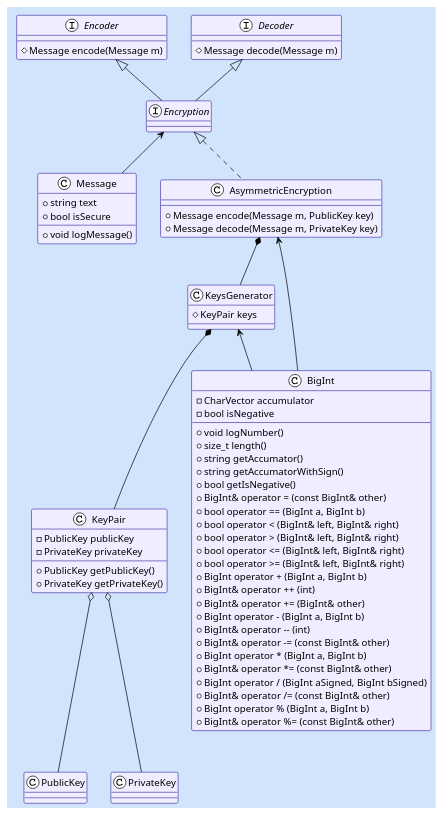
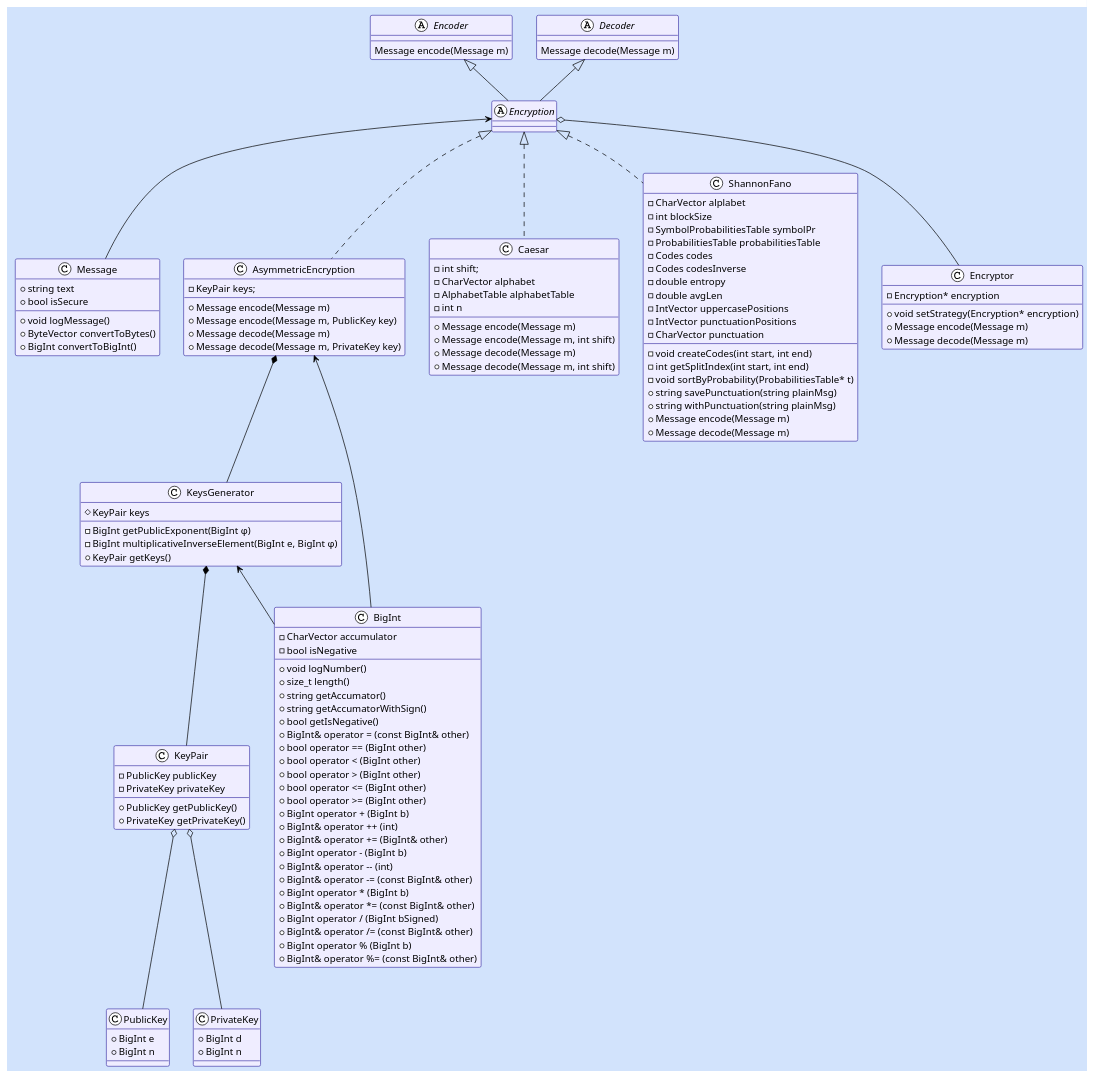
One commit to RNEvok/Encryption changed the diagram in Diagrams/classes.puml. Above: the diagram before and after it, drawn with PlantUML. The commit also changed 10 other files, not shown here.

Commit message:
Strategy pattern almost done, classes diagram updated, main updated (almost done)

```diff
--- a/Diagrams/classes.puml
+++ b/Diagrams/classes.puml
@@ -1,88 +1,144 @@
 @startuml Диаграмма классов
   !theme plain
   skinparam BackgroundColor #d2e3fc
   skinparam ClassBorderColor #4940ad
   skinparam ClassBackgroundColor #efedff
   skinparam Handwritten false
 
   class Message {
     +string text
     +bool isSecure
     +void logMessage()
+    +ByteVector convertToBytes()
+    +BigInt convertToBigInt()
   }
 
-  interface Encryption
+  abstract Encryption
 
   class AsymmetricEncryption {
+    -KeyPair keys;
+    +Message encode(Message m)
     +Message encode(Message m, PublicKey key)
+    +Message decode(Message m)
     +Message decode(Message m, PrivateKey key)
   }
-  class PublicKey
-  class PrivateKey
+  class PublicKey {
+    +BigInt e
+    +BigInt n
+  }
+  class PrivateKey {
+    +BigInt d
+    +BigInt n
+  }
   class KeyPair {
     -PublicKey publicKey
     -PrivateKey privateKey
     +PublicKey getPublicKey()
     +PrivateKey getPrivateKey()
   }
 
   class KeysGenerator {
     #KeyPair keys
+    -BigInt getPublicExponent(BigInt φ)
+    -BigInt multiplicativeInverseElement(BigInt e, BigInt φ)
+    +KeyPair getKeys()
   }
 
-  interface Encoder {
-    #Message encode(Message m)
+  class Caesar {
+    -int shift;
+    -CharVector alphabet
+    -AlphabetTable alphabetTable
+    -int n
+    +Message encode(Message m)
+    +Message encode(Message m, int shift)
+    +Message decode(Message m)
+    +Message decode(Message m, int shift)
   }
 
-  interface Decoder {
-    #Message decode(Message m)
+  class ShannonFano {
+    -CharVector alplabet
+    -int blockSize
+    -SymbolProbabilitiesTable symbolPr
+    -ProbabilitiesTable probabilitiesTable
+    -Codes codes
+    -Codes codesInverse
+    -double entropy
+    -double avgLen 
+    -IntVector uppercasePositions
+    -IntVector punctuationPositions
+    -CharVector punctuation
+    -void createCodes(int start, int end)
+    -int getSplitIndex(int start, int end)
+    -void sortByProbability(ProbabilitiesTable* t)
+    +string savePunctuation(string plainMsg)
+    +string withPunctuation(string plainMsg)
+    +Message encode(Message m)
+    +Message decode(Message m)
+  }
+
+  abstract Encoder {
+    Message encode(Message m)
+  }
+
+  abstract Decoder {
+    Message decode(Message m)
+  }
+
+  class Encryptor {
+    -Encryption* encryption
+    +void setStrategy(Encryption* encryption)
+    +Message encode(Message m)
+    +Message decode(Message m)
   }
 
   class BigInt {
     -CharVector accumulator
     -bool isNegative
     +void logNumber()
     +size_t length()
     +string getAccumator()
     +string getAccumatorWithSign()
     +bool getIsNegative()
     +BigInt& operator = (const BigInt& other)
-    +bool operator == (BigInt a, BigInt b)
-    +bool operator < (BigInt& left, BigInt& right)
-    +bool operator > (BigInt& left, BigInt& right)
-    +bool operator <= (BigInt& left, BigInt& right)
-    +bool operator >= (BigInt& left, BigInt& right)
-    +BigInt operator + (BigInt a, BigInt b)
+    +bool operator == (BigInt other)
+    +bool operator < (BigInt other)
+    +bool operator > (BigInt other)
+    +bool operator <= (BigInt other)
+    +bool operator >= (BigInt other)
+    +BigInt operator + (BigInt b)
     +BigInt& operator ++ (int)
     +BigInt& operator += (BigInt& other)
-    +BigInt operator - (BigInt a, BigInt b)
+    +BigInt operator - (BigInt b)
     +BigInt& operator -- (int)
     +BigInt& operator -= (const BigInt& other)
-    +BigInt operator * (BigInt a, BigInt b)
+    +BigInt operator * (BigInt b)
     +BigInt& operator *= (const BigInt& other)
-    +BigInt operator / (BigInt aSigned, BigInt bSigned)
+    +BigInt operator / (BigInt bSigned)
     +BigInt& operator /= (const BigInt& other)
-    +BigInt operator % (BigInt a, BigInt b)
+    +BigInt operator % (BigInt b)
     +BigInt& operator %= (const BigInt& other)
   }
 
   KeyPair o-- PrivateKey
   KeyPair o-- PublicKey
 
   Encoder <|-- Encryption
   Decoder <|-- Encryption
 
   Encryption <|.. AsymmetricEncryption
+  Encryption <|.. Caesar
+  Encryption <|.. ShannonFano
+  Encryption o-- Encryptor
   Encryption <-- Message
 
   AsymmetricEncryption *-- KeysGenerator
   AsymmetricEncryption <-- BigInt
   ' AsymmetricEncryption *-- Encoder
   ' AsymmetricEncryption *-- Decoder
 
   KeysGenerator *-- KeyPair
   KeysGenerator <-- BigInt
   ' Encoder <-- BigInt
   ' Decoder <-- BigInt
   
 @enduml
```
